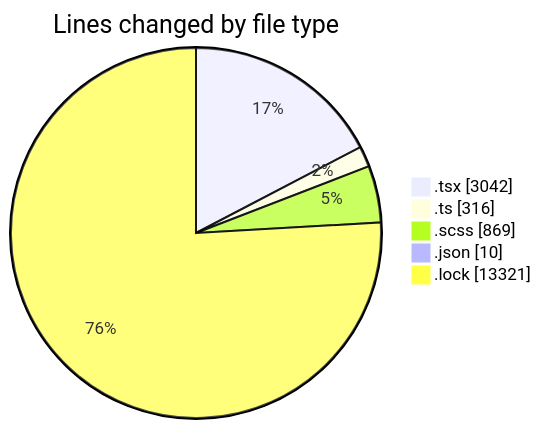
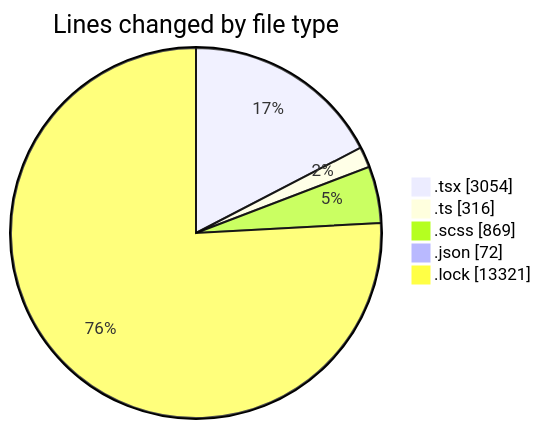
Before and after one commit to momahboobian/code-tracking: the first of 2 diagrams in 2025-02-12/cda/README.md, drawn with Mermaid. The commit also changed other lines of this file and 1 other file, not shown here.

````diff
--- a/2025-02-12/cda/README.md
+++ b/2025-02-12/cda/README.md
@@ -34,9 +35,9 @@
 ```mermaid
 pie showData
 title Lines changed by file type
-".tsx" : 3042
+".tsx" : 3054
 ".ts" : 316
 ".scss" : 869
-".json" : 10
+".json" : 72
 ".lock" : 13321
 ```
````
